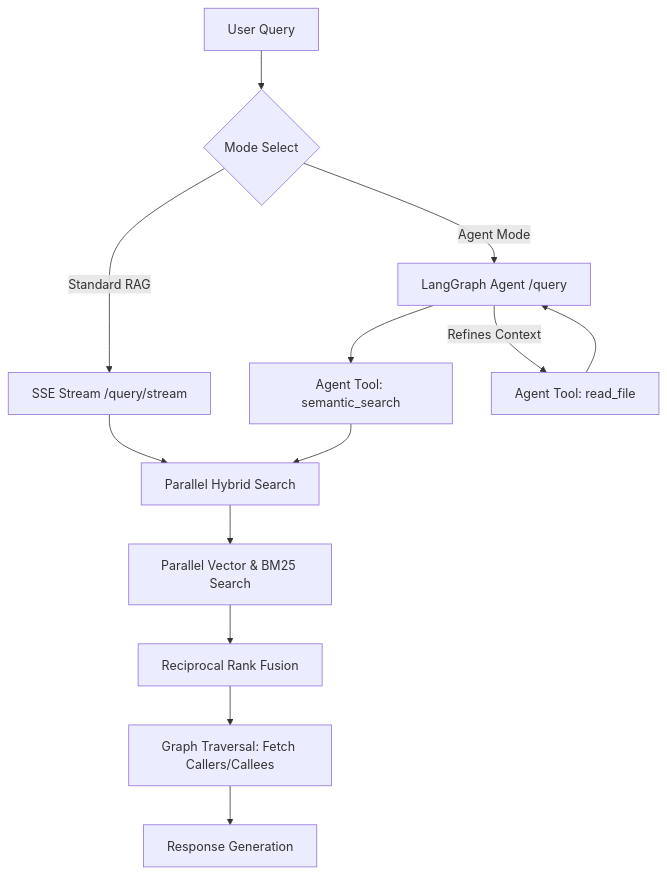
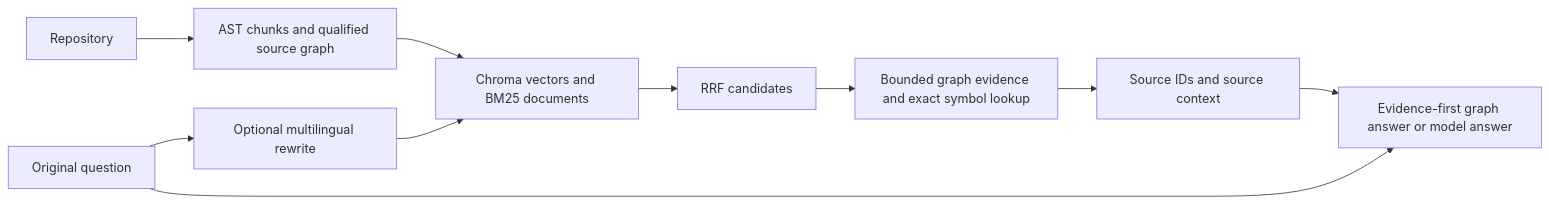
The diagram in README.md (RosieMeng/cross-lingual-codebase-graphrag), drawn with Mermaid before and after one commit. The commit also changed other lines of this file and 2 other files, not shown here.

````diff
--- a/README.md
+++ b/README.md
@@ -66,18 +15,12 @@
 ```mermaid
-graph TD
-    Q[User Query] --> M{Mode Select}
-    M -->|Standard RAG| S[SSE Stream /query/stream]
-    M -->|Agent Mode| A[LangGraph Agent /query]
-    
-    S --> H[Parallel Hybrid Search]
-    A --> T[Agent Tool: semantic_search]
-    T --> H
-    
-    H --> P[Parallel Vector & BM25 Search]
-    P --> RRF[Reciprocal Rank Fusion]
-    RRF --> G[Graph Traversal: Fetch Callers/Callees]
-    G --> R[Response Generation]
-    
-    A -->|Refines Context| RF[Agent Tool: read_file]
-    RF --> A
+flowchart LR
+  A[Repository] --> B[AST chunks and qualified source graph]
+  B --> C[Chroma vectors and BM25 documents]
+  Q[Original question] --> P[Optional multilingual rewrite]
+  P --> C
+  C --> R[RRF candidates]
+  R --> G[Bounded graph evidence and exact symbol lookup]
+  G --> E[Source IDs and source context]
+  E --> O[Evidence-first graph answer or model answer]
+  Q --> O
 ```
````
